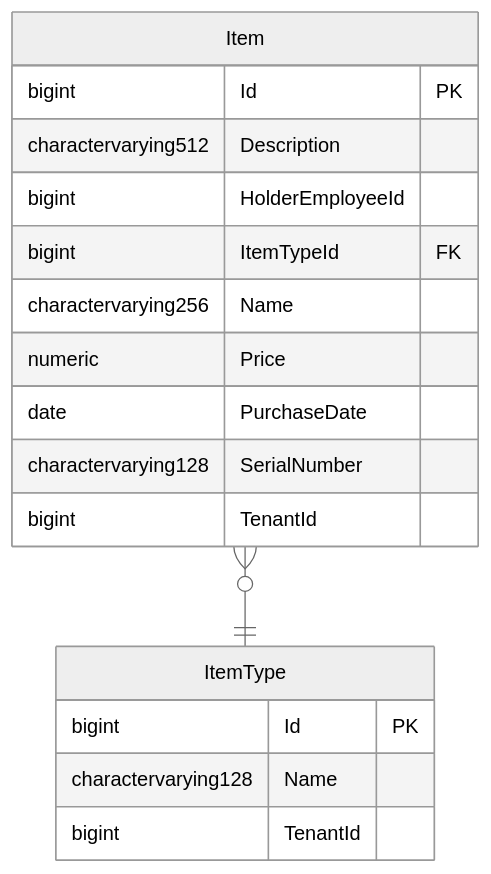
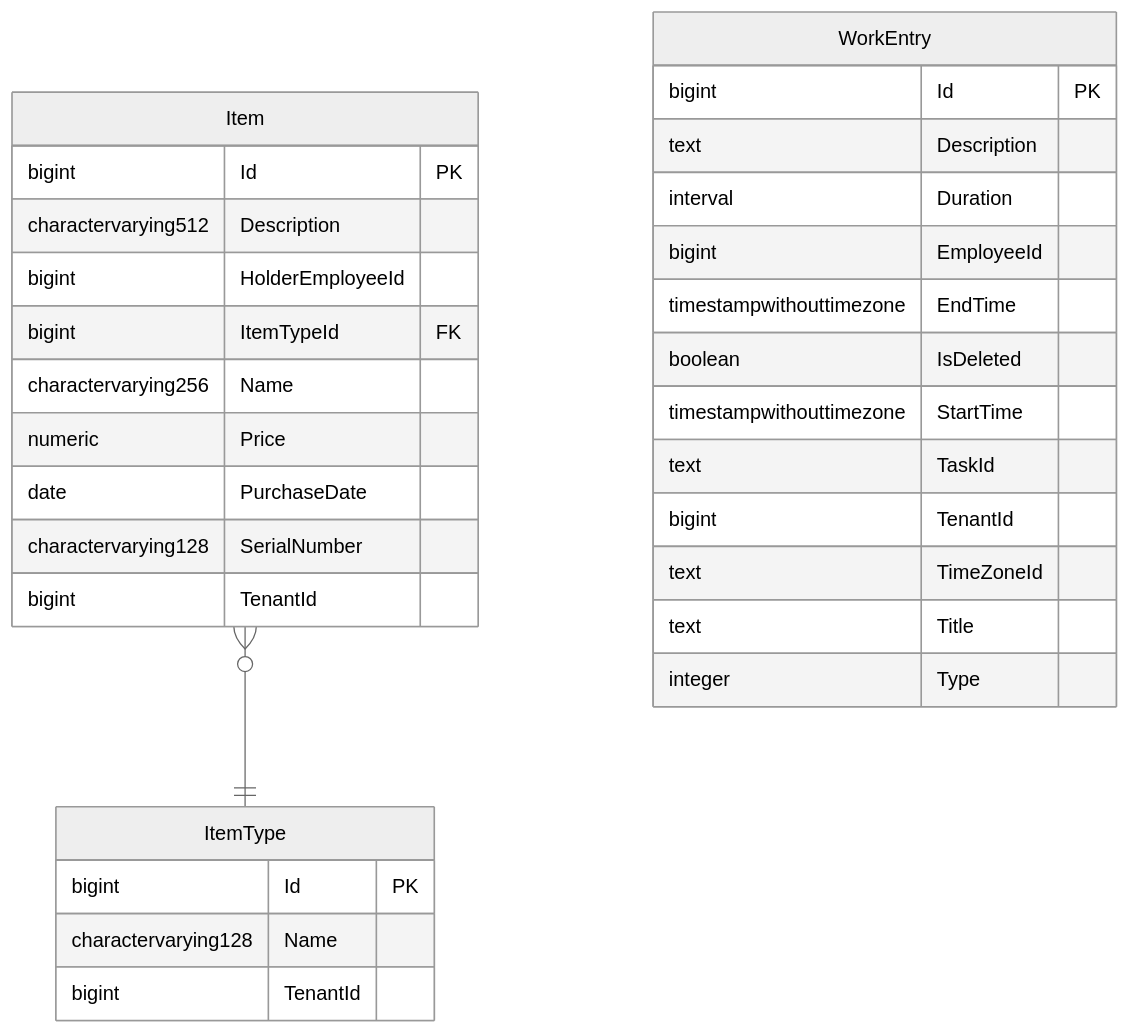
The diagram in README.md (TourmalineCore/inner-circle-items-api), drawn with Mermaid before and after one commit.

Commit message:
docs(readme): Update Mermaid DB Schema Diagram in README.md (siren-gen)

````diff
--- a/README.md
+++ b/README.md
@@ -92,21 +92,35 @@
 ```mermaid
 	erDiagram
 	%%{init: {'theme':'neutral'}}%%
 	Item {
 		bigint Id PK
 		charactervarying512 Description 
 		bigint HolderEmployeeId 
 		bigint ItemTypeId FK
 		charactervarying256 Name 
 		numeric Price 
 		date PurchaseDate 
 		charactervarying128 SerialNumber 
 		bigint TenantId 
 	}
 	ItemType {
 		bigint Id PK
 		charactervarying128 Name 
 		bigint TenantId 
 	}
+	WorkEntry {
+		bigint Id PK
+		text Description 
+		interval Duration 
+		bigint EmployeeId 
+		timestampwithouttimezone EndTime 
+		boolean IsDeleted 
+		timestampwithouttimezone StartTime 
+		text TaskId 
+		bigint TenantId 
+		text TimeZoneId 
+		text Title 
+		integer Type 
+	}
 Item}o--||ItemType : ""
 ```
````
